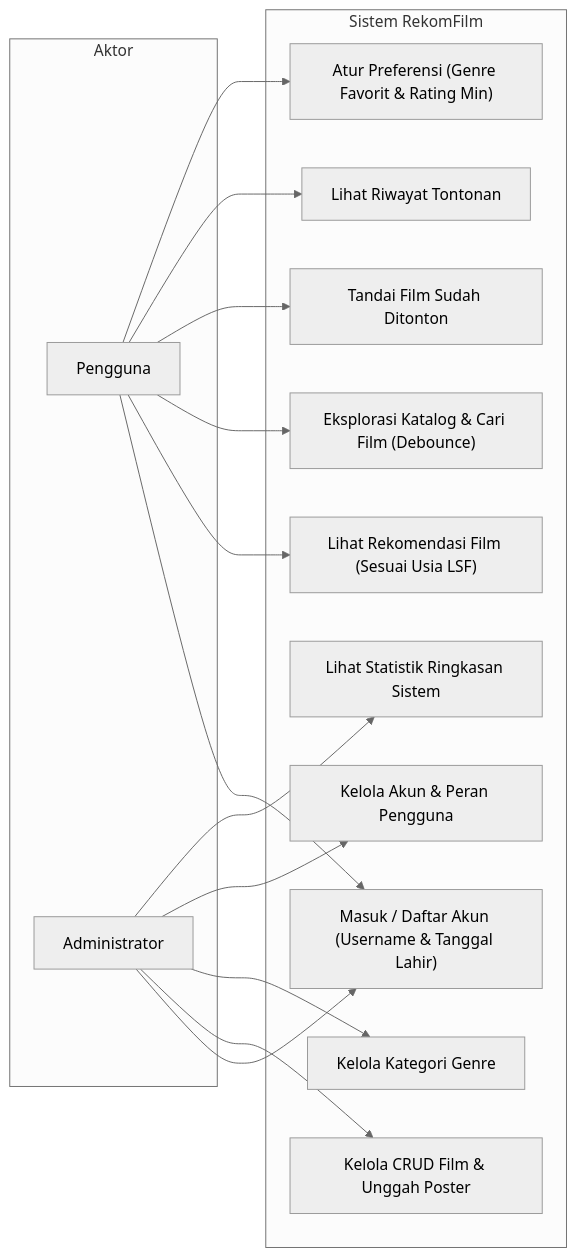
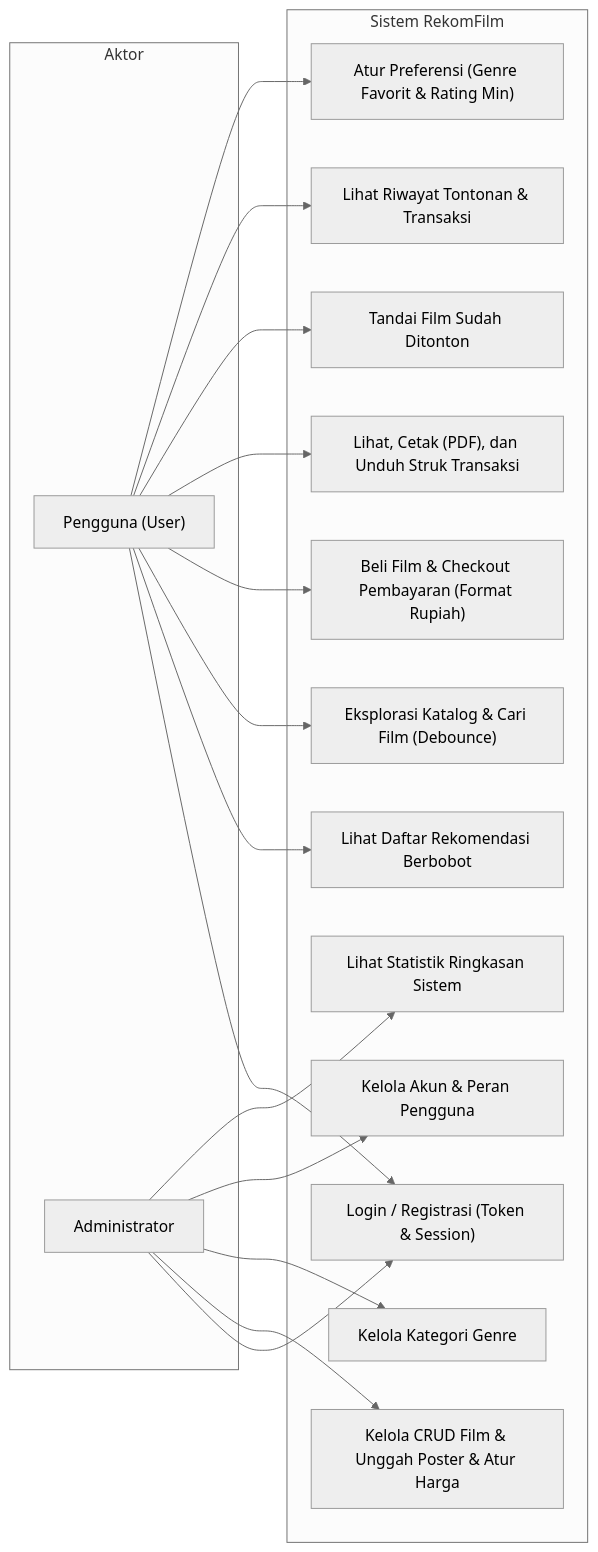
One commit to MangOleh22/rekomendasi-film changed the fourth of 5 diagrams in DOKUMENTASI_PROYEK.md. Above: the diagram before and after it, drawn with Mermaid (neutral theme). The commit also changed other lines of this file and 20 other files, not shown here.

Commit message:
feat: implementasi modul pembayaran film rupiah, cetak struk transaksi, algoritma if-else batasan umur, dan pembaruan dokumentasi changelog

````diff
--- a/DOKUMENTASI_PROYEK.md
+++ b/DOKUMENTASI_PROYEK.md
@@ -190,33 +220,37 @@
 ```mermaid
 flowchart LR
     subgraph Aktor
-        U["Pengguna"]
+        U["Pengguna (User)"]
         A["Administrator"]
     end
 
     subgraph "Sistem RekomFilm"
-        UC1["Masuk / Daftar Akun (Username & Tanggal Lahir)"]
-        UC2["Lihat Rekomendasi Film (Sesuai Usia LSF)"]
+        UC1["Login / Registrasi (Token & Session)"]
+        UC2["Lihat Daftar Rekomendasi Berbobot"]
         UC3["Eksplorasi Katalog & Cari Film (Debounce)"]
-        UC4["Tandai Film Sudah Ditonton"]
-        UC5["Lihat Riwayat Tontonan"]
-        UC6["Atur Preferensi (Genre Favorit & Rating Min)"]
-        UC7["Kelola CRUD Film & Unggah Poster"]
-        UC8["Kelola Kategori Genre"]
-        UC9["Kelola Akun & Peran Pengguna"]
-        UC10["Lihat Statistik Ringkasan Sistem"]
+        UC4["Beli Film & Checkout Pembayaran (Format Rupiah)"]
+        UC5["Lihat, Cetak (PDF), dan Unduh Struk Transaksi"]
+        UC6["Tandai Film Sudah Ditonton"]
+        UC7["Lihat Riwayat Tontonan & Transaksi"]
+        UC8["Atur Preferensi (Genre Favorit & Rating Min)"]
+        UC9["Kelola CRUD Film & Unggah Poster & Atur Harga"]
+        UC10["Kelola Kategori Genre"]
+        UC11["Kelola Akun & Peran Pengguna"]
+        UC12["Lihat Statistik Ringkasan Sistem"]
     end
 
     U --> UC1
     U --> UC2
     U --> UC3
     U --> UC4
     U --> UC5
     U --> UC6
+    U --> UC7
+    U --> UC8
 
     A --> UC1
-    A --> UC7
-    A --> UC8
     A --> UC9
     A --> UC10
+    A --> UC11
+    A --> UC12
 ```
````
